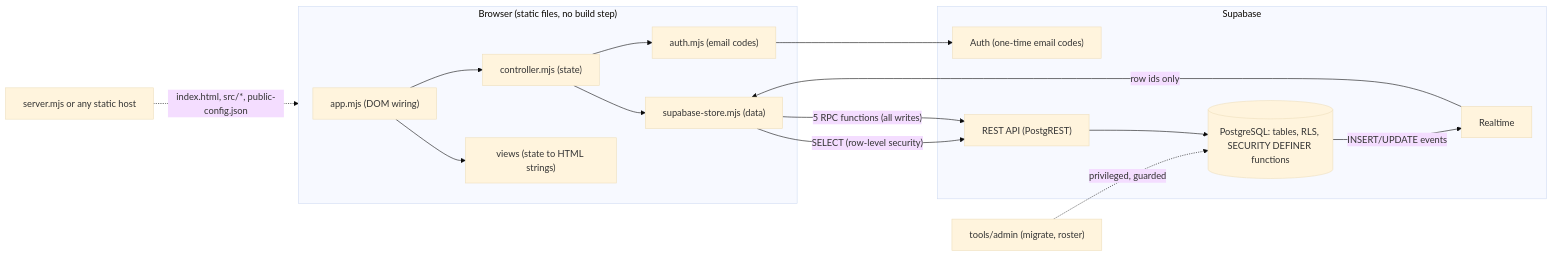
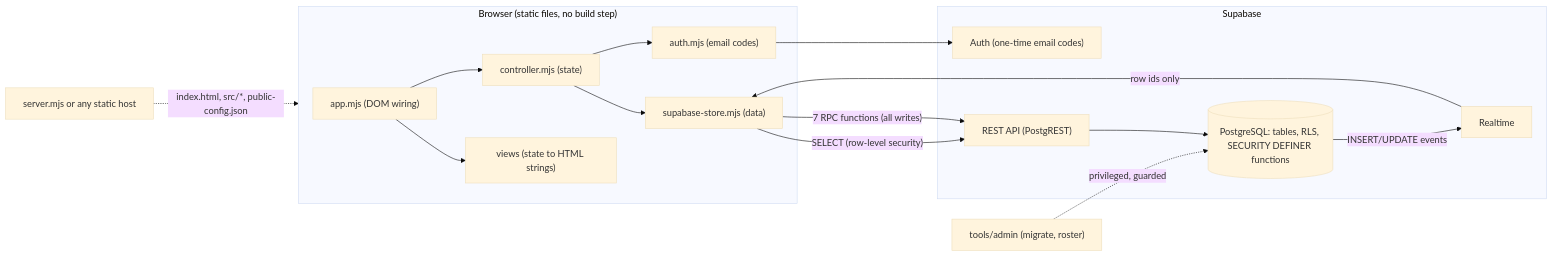
The diagram in docs/developer/README.md (jin-yu-yang/VITA-Management-System-Demo), drawn with Mermaid (base theme) before and after one commit. The commit also changed other lines of this file and 53 other files, not shown here.

````diff
--- a/docs/developer/README.md
+++ b/docs/developer/README.md
@@ -36,23 +36,23 @@
 ```mermaid
 flowchart LR
   subgraph Browser["Browser (static files, no build step)"]
     App["app.mjs (DOM wiring)"] --> Views["views (state to HTML strings)"]
     App --> Controller["controller.mjs (state)"]
     Controller --> Store["supabase-store.mjs (data)"]
     Controller --> Auth["auth.mjs (email codes)"]
   end
   subgraph Supabase
     GoTrue["Auth (one-time email codes)"]
     PostgREST["REST API (PostgREST)"]
     Realtime["Realtime"]
     PG[("PostgreSQL: tables, RLS, SECURITY DEFINER functions")]
   end
   Auth --> GoTrue
   Store -- "SELECT (row-level security)" --> PostgREST
-  Store -- "5 RPC functions (all writes)" --> PostgREST
+  Store -- "7 RPC functions (all writes)" --> PostgREST
   PostgREST --> PG
   PG -- "INSERT/UPDATE events" --> Realtime
   Realtime -- "row ids only" --> Store
   Server["server.mjs or any static host"] -. "index.html, src/*, public-config.json" .-> Browser
   Tools["tools/admin (migrate, roster)"] -. "privileged, guarded" .-> PG
 ```
````
